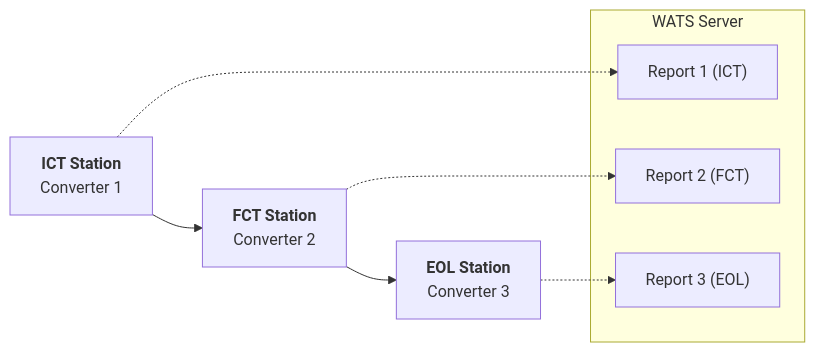
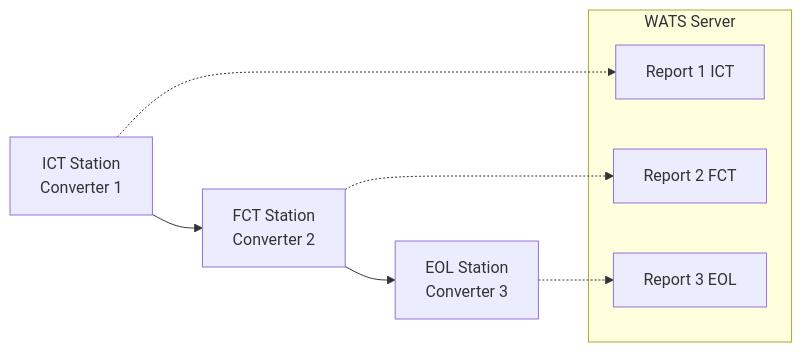
Before and after one commit to olreppe/pyWATS: the diagram in docs/guides/integration-patterns.md, drawn with Mermaid. The commit also changed 3 other files, not shown here.

First line of the commit message:
Fix Mermaid syntax - remove HTML tags for better compatibility

````diff
--- a/docs/guides/integration-patterns.md
+++ b/docs/guides/integration-patterns.md
@@ -259,18 +259,23 @@
 ```mermaid
 flowchart LR
-    ICT["<b>ICT Station</b><br/>Converter 1"]
-    FCT["<b>FCT Station</b><br/>Converter 2"]
-    EOL["<b>EOL Station</b><br/>Converter 3"]
+    ICT["ICT Station
+    Converter 1"]
+    
+    FCT["FCT Station
+    Converter 2"]
+    
+    EOL["EOL Station
+    Converter 3"]
     
     ICT --> FCT --> EOL
     
     subgraph WATS["WATS Server"]
-        Report1["Report 1 (ICT)"]
-        Report2["Report 2 (FCT)"]
-        Report3["Report 3 (EOL)"]
+        Report1["Report 1 ICT"]
+        Report2["Report 2 FCT"]
+        Report3["Report 3 EOL"]
     end
     
     ICT -.-> Report1
     FCT -.-> Report2
     EOL -.-> Report3
 ```
````
